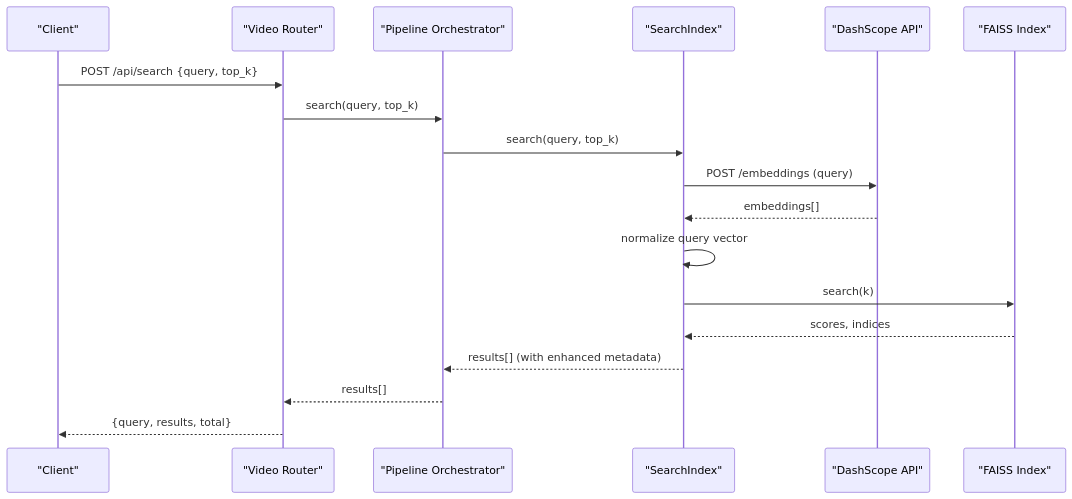
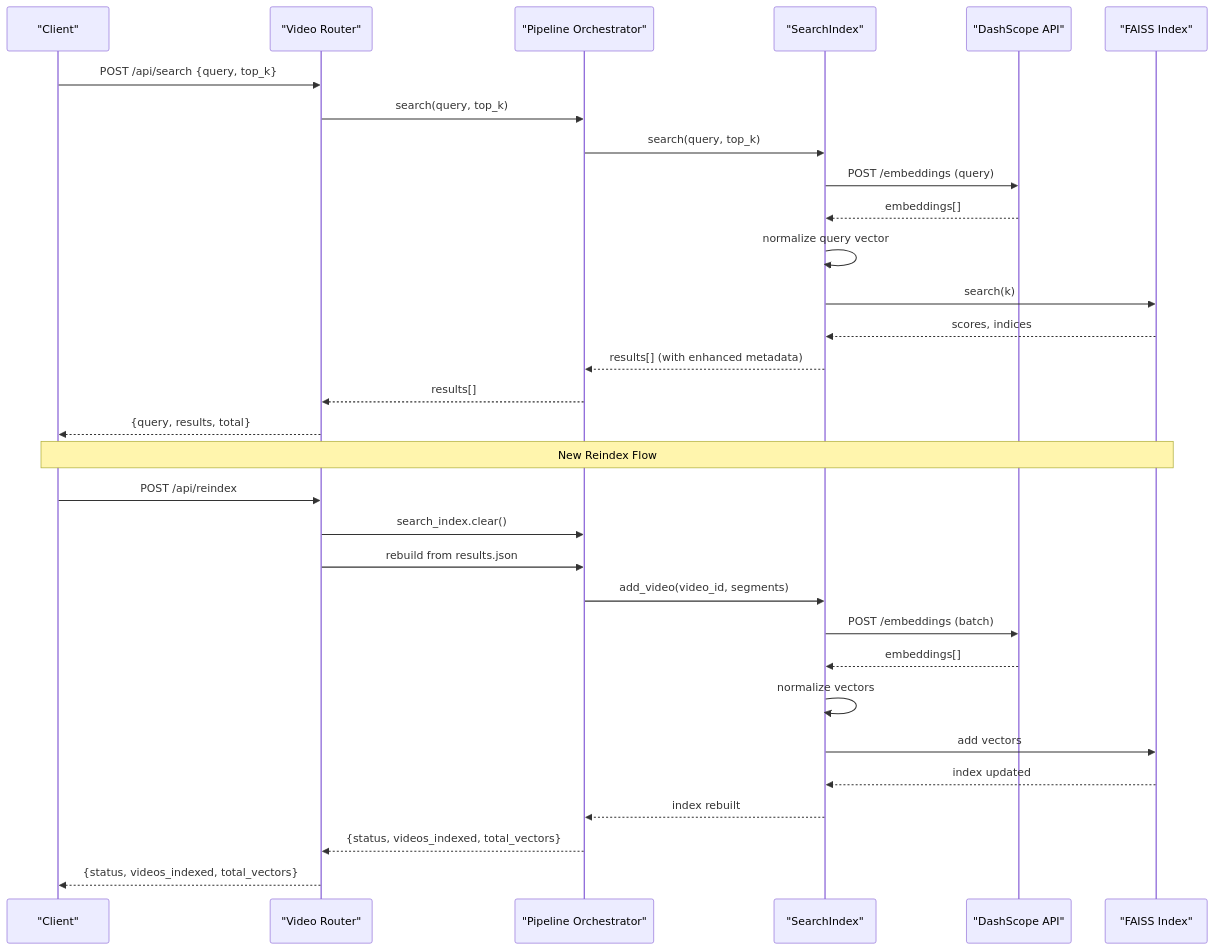
Before and after one commit to alexandreybasta-cyber/dubai-media-ai: the second of 10 diagrams in .qoder/repowiki/en/content/Intelligent Search System.md, drawn with Mermaid. The commit also changed other lines of this file and 23 other files, not shown here.

````diff
--- a/.qoder/repowiki/en/content/Intelligent Search System.md
+++ b/.qoder/repowiki/en/content/Intelligent Search System.md
@@ -107,20 +114,33 @@
 ```mermaid
 sequenceDiagram
 participant Client as "Client"
 participant Router as "Video Router"
 participant Orchestrator as "Pipeline Orchestrator"
 participant SearchIndex as "SearchIndex"
 participant DashScope as "DashScope API"
 participant FAISS as "FAISS Index"
 Client->>Router : POST /api/search {query, top_k}
 Router->>Orchestrator : search(query, top_k)
 Orchestrator->>SearchIndex : search(query, top_k)
 SearchIndex->>DashScope : POST /embeddings (query)
 DashScope-->>SearchIndex : embeddings[]
 SearchIndex->>SearchIndex : normalize query vector
 SearchIndex->>FAISS : search(k)
 FAISS-->>SearchIndex : scores, indices
 SearchIndex-->>Orchestrator : results[] (with enhanced metadata)
 Orchestrator-->>Router : results[]
 Router-->>Client : {query, results, total}
+Note over Client,FAISS : New Reindex Flow
+Client->>Router : POST /api/reindex
+Router->>Orchestrator : search_index.clear()
+Router->>Orchestrator : rebuild from results.json
+Orchestrator->>SearchIndex : add_video(video_id, segments)
+SearchIndex->>DashScope : POST /embeddings (batch)
+DashScope-->>SearchIndex : embeddings[]
+SearchIndex->>SearchIndex : normalize vectors
+SearchIndex->>FAISS : add vectors
+FAISS-->>SearchIndex : index updated
+SearchIndex-->>Orchestrator : index rebuilt
+Orchestrator-->>Router : {status, videos_indexed, total_vectors}
+Router-->>Client : {status, videos_indexed, total_vectors}
 ```
````
